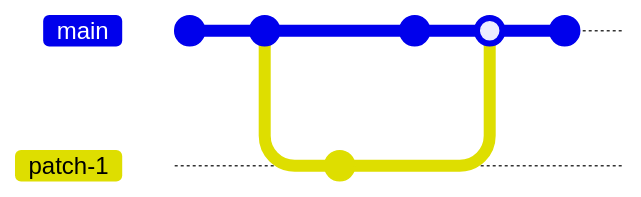
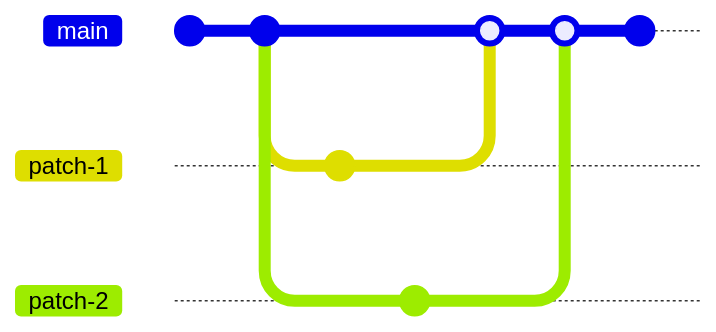
Before and after one commit to idadwind1/idadwind1.github.io: the second of 2 diagrams in cn/coding/misc/write_a_good_program.md, drawn with Mermaid. The commit also changed other lines of this file and 8 other files, not shown here. Commit ids are hidden.

````diff
--- a/cn/coding/misc/write_a_good_program.md
+++ b/cn/coding/misc/write_a_good_program.md
@@ -427,12 +430,16 @@
 ```mermaid
 gitGraph
-	commit
-	commit
+	commit id: "之前的提交"
+	commit id: "之前的提交2"
 	branch patch-1
 	checkout patch-1
-	commit
+	commit id: "新增接口的提交（A"
 	checkout main
-	commit
-	merge patch-1
-	commit
+	branch patch-2
+	checkout patch-2
+	commit id: "修改前端的提交（你"
+	checkout main
+	merge patch-1 id: "合并（A的分支"
+	merge patch-2 id: "合并（你的分支"
+	commit id: "之后的提交"
 ```
````
